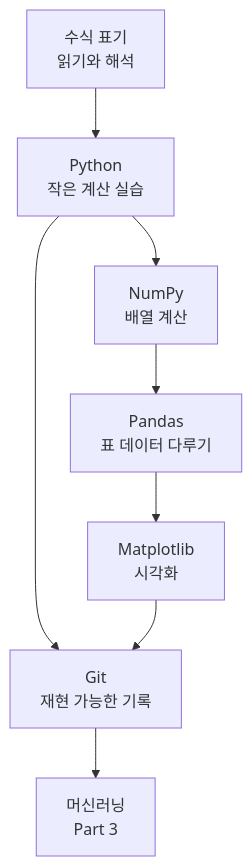
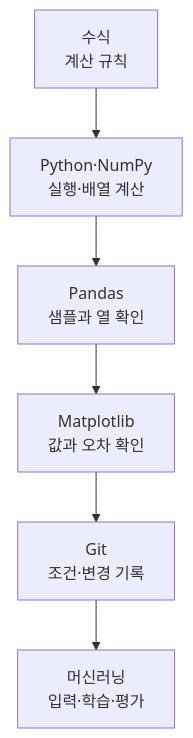
The diagram in docs/assets/part-02/chapter-15/part2-learning-map-flow-ko.mmd (devchan64/AiBook), drawn with Mermaid before and after one commit. The commit also changed 22 other files, not shown here.

```diff
--- a/docs/assets/part-02/chapter-15/part2-learning-map-flow-ko.mmd
+++ b/docs/assets/part-02/chapter-15/part2-learning-map-flow-ko.mmd
@@ -1,15 +1,9 @@
 flowchart TD
-  A["수식 표기<br/>읽기와 해석"]
-  B["Python<br/>작은 계산 실습"]
-  C["NumPy<br/>배열 계산"]
-  D["Pandas<br/>표 데이터 다루기"]
-  E["Matplotlib<br/>시각화"]
-  F["Git<br/>재현 가능한 기록"]
-  G["머신러닝<br/>Part 3"]
+  A["수식<br/>계산 규칙"]
+  B["Python·NumPy<br/>실행·배열 계산"]
+  C["Pandas<br/>샘플과 열 확인"]
+  D["Matplotlib<br/>값과 오차 확인"]
+  E["Git<br/>조건·변경 기록"]
+  F["머신러닝<br/>입력·학습·평가"]
 
-  A --> B --> C
-  C --> D
-  D --> E
-  B --> F
-  E --> F
-  F --> G
+  A --> B --> C --> D --> E --> F
```
